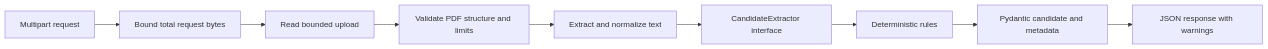
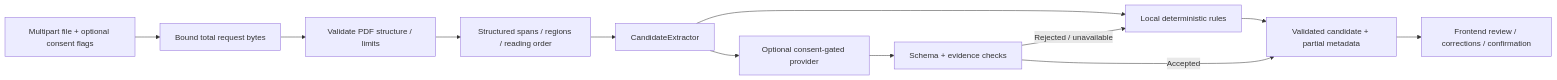
One commit to Firdaous24/talentflow-ai changed the diagram in docs/cv_parsing_architecture.md. Above: the diagram before and after it, drawn with Mermaid. The commit also changed other lines of this file and 61 other files, not shown here.

Commit message:
feat: improve multilingual CV extraction and frontend review

````diff
--- a/docs/cv_parsing_architecture.md
+++ b/docs/cv_parsing_architecture.md
@@ -7,11 +5,14 @@
 ```mermaid
 flowchart LR
-    A[Multipart request] --> B[Bound total request bytes]
-    B --> C[Read bounded upload]
-    C --> D[Validate PDF structure and limits]
-    D --> E[Extract and normalize text]
-    E --> F[CandidateExtractor interface]
-    F --> G[Deterministic rules]
-    G --> H[Pydantic candidate and metadata]
-    H --> I[JSON response with warnings]
+  A[Multipart file + optional consent flags] --> B[Bound total request bytes]
+  B --> C[Validate PDF structure / limits]
+  C --> D[Structured spans / regions / reading order]
+  D --> E[CandidateExtractor]
+  E --> F[Local deterministic rules]
+  E --> G[Optional consent-gated provider]
+  G --> H[Schema + evidence checks]
+  H -->|Rejected / unavailable| F
+  F --> I[Validated candidate + partial metadata]
+  H -->|Accepted| I
+  I --> J[Frontend review / corrections / confirmation]
 ```
````
